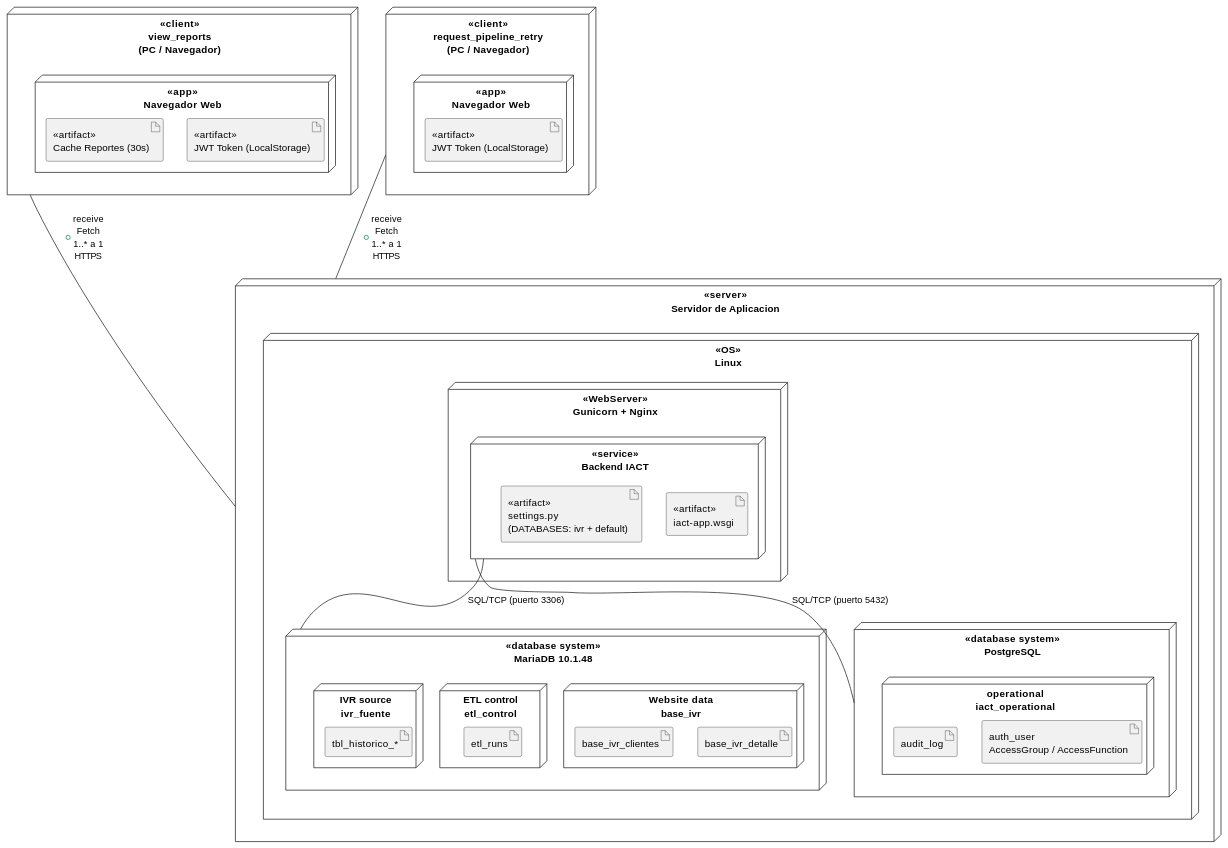
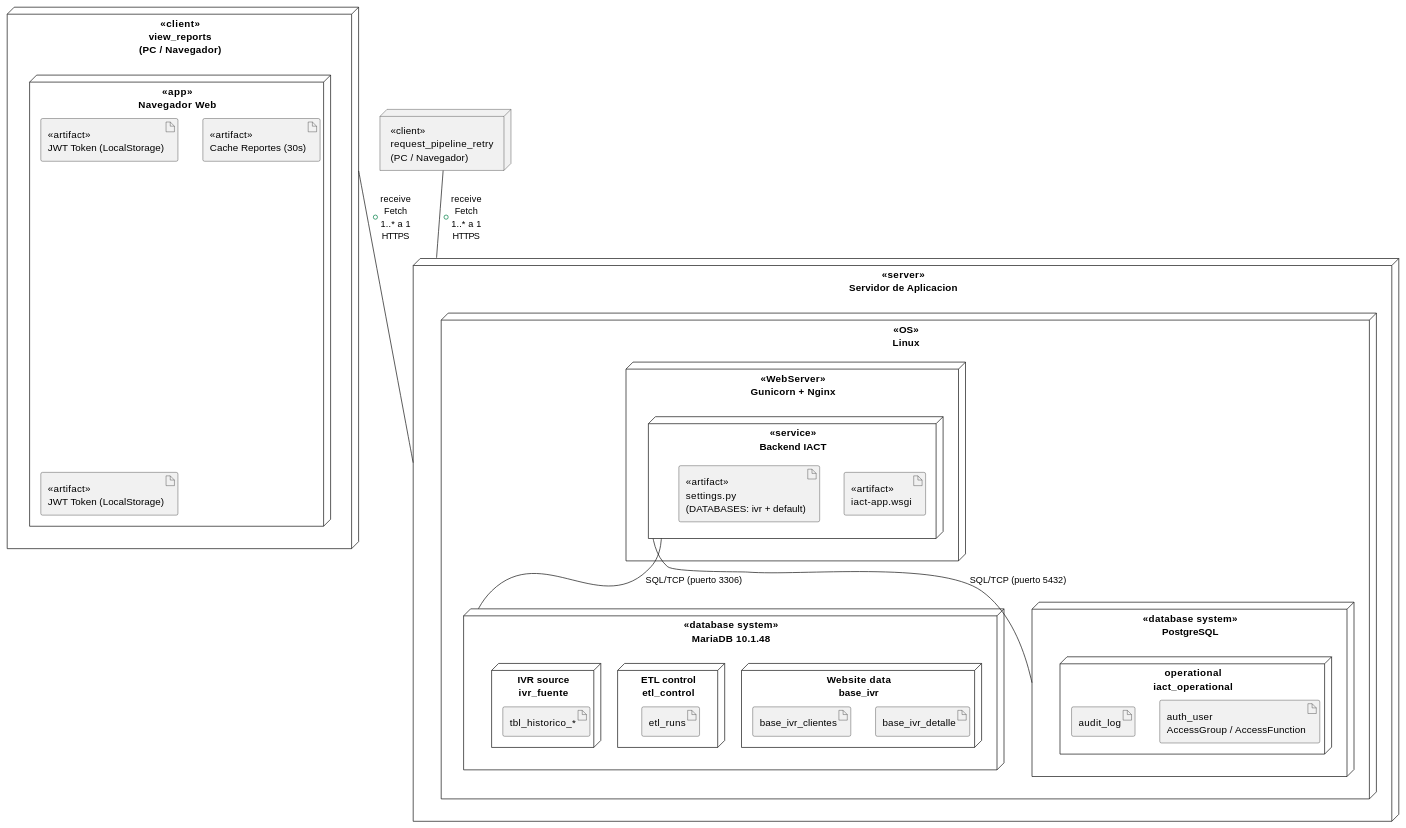
One commit to jcg-admin/IACT-docs changed the diagram in source/arquitectura-tecnica/system-view/despliegue-sistema-iact.rst. Above: the diagram before and after it, drawn with PlantUML. The commit also changed 10 other files, not shown here.

```diff
--- a/source/arquitectura-tecnica/system-view/despliegue-sistema-iact.rst
+++ b/source/arquitectura-tecnica/system-view/despliegue-sistema-iact.rst
@@ -29,53 +29,53 @@
 .. uml::
  :caption: Figura 12 — Diagrama de despliegue del Sistema IACT
 
  @startuml
 
- node "<<server>>\nServidor de Aplicacion" as NODE_APP {
+ node "<<server>>\nServidor de Aplicacion" as NODO_SERVIDOR_APLICACION {
    node "<<OS>>\nLinux" as OS_LINUX {
      node "<<WebServer>>\nGunicorn + Nginx" as WEB_SERVER {
        node "<<service>>\nBackend IACT" as IACT_SVC {
-         artifact "<<artifact>>\niact-app.wsgi" as ART_WSGI
+         artifact "<<artifact>>\niact-app.wsgi" as ARTEFACTO_IACT_WSGI
          artifact "<<artifact>>\nsettings.py\n(DATABASES: ivr + default)" as ART_SETTINGS
        }
      }
-     node "<<database system>>\nMariaDB 10.1.48" as NODE_MARIA {
-       node "Website data\nbase_ivr" as SCH_BASE {
-         artifact "base_ivr_detalle" as DB_DETALLE
-         artifact "base_ivr_clientes" as DB_CLIENTES
+     node "<<database system>>\nMariaDB 10.1.48" as NODO_MARIADB {
+       node "Website data\nbase_ivr" as SCHEMA_WEBSITE {
+         artifact "base_ivr_detalle" as BASE_DATOS_DETALLE
+         artifact "base_ivr_clientes" as BASE_DATOS_CLIENTES
        }
-       node "ETL control\netl_control" as SCH_ETL {
-         artifact "etl_runs" as DB_ETLR
+       node "ETL control\netl_control" as SCHEMA_ETL_CONTROL {
+         artifact "etl_runs" as BASE_DATOS_ETL_RUNS
        }
-       node "IVR source\nivr_fuente" as SCH_FUENTE {
-         artifact "tbl_historico_*" as DB_HIST
+       node "IVR source\nivr_fuente" as SCHEMA_IVR_FUENTE {
+         artifact "tbl_historico_*" as BASE_DATOS_HISTORICO
        }
      }
-     node "<<database system>>\nPostgreSQL" as NODE_PG {
-       node "operational\niact_operational" as SCH_PG {
-         artifact "auth_user\nAccessGroup / AccessFunction" as DB_USERS
-         artifact "audit_log" as DB_AUDIT
+     node "<<database system>>\nPostgreSQL" as NODO_POSTGRESQL {
+       node "operational\niact_operational" as SCHEMA_IACT_OPERATIONAL {
+         artifact "auth_user\nAccessGroup / AccessFunction" as BASE_DATOS_USUARIOS
+         artifact "audit_log" as BASE_DATOS_AUDIT
        }
      }
    }
  }
 
- node "<<client>>\nview_reports\n(PC / Navegador)" as NODE_RVG {
-   node "<<app>>\nNavegador Web" as BROWSER_RVG {
-     artifact "<<artifact>>\nJWT Token (LocalStorage)" as ART_JWT_RVG
-     artifact "<<artifact>>\nCache Reportes (30s)" as ART_CACHE_RVG
+ node "<<client>>\nview_reports\n(PC / Navegador)" as NODO_CLIENTE_REPORTES {
+   node "<<app>>\nNavegador Web" as NAVEGADOR_WEB {
+     artifact "<<artifact>>\nJWT Token (LocalStorage)" as ARTEFACTO_JWT_REPORTES
+     artifact "<<artifact>>\nCache Reportes (30s)" as ARTEFACTO_CACHE_REPORTES
    }
  }
 
- node "<<client>>\nrequest_pipeline_retry\n(PC / Navegador)" as NODE_PAG {
-   node "<<app>>\nNavegador Web" as BROWSER_PAG {
-     artifact "<<artifact>>\nJWT Token (LocalStorage)" as ART_JWT_PAG
+ node "<<client>>\nrequest_pipeline_retry\n(PC / Navegador)" as NODO_CLIENTE_PIPELINE {
+   node "<<app>>\nNavegador Web" as NAVEGADOR_WEB {
+     artifact "<<artifact>>\nJWT Token (LocalStorage)" as ARTEFACTO_JWT_PIPELINE
    }
  }
 
- NODE_RVG -- NODE_APP : +receive\nFetch\n1..* a 1\nHTTPS
- NODE_PAG -- NODE_APP : +receive\nFetch\n1..* a 1\nHTTPS
- IACT_SVC -- NODE_MARIA : SQL/TCP (puerto 3306)
- IACT_SVC -- NODE_PG : SQL/TCP (puerto 5432)
+ NODO_CLIENTE_REPORTES -- NODO_SERVIDOR_APLICACION : +receive\nFetch\n1..* a 1\nHTTPS
+ NODO_CLIENTE_PIPELINE -- NODO_SERVIDOR_APLICACION : +receive\nFetch\n1..* a 1\nHTTPS
+ IACT_SVC -- NODO_MARIADB : SQL/TCP (puerto 3306)
+ IACT_SVC -- NODO_POSTGRESQL : SQL/TCP (puerto 5432)
 
  @enduml
```
